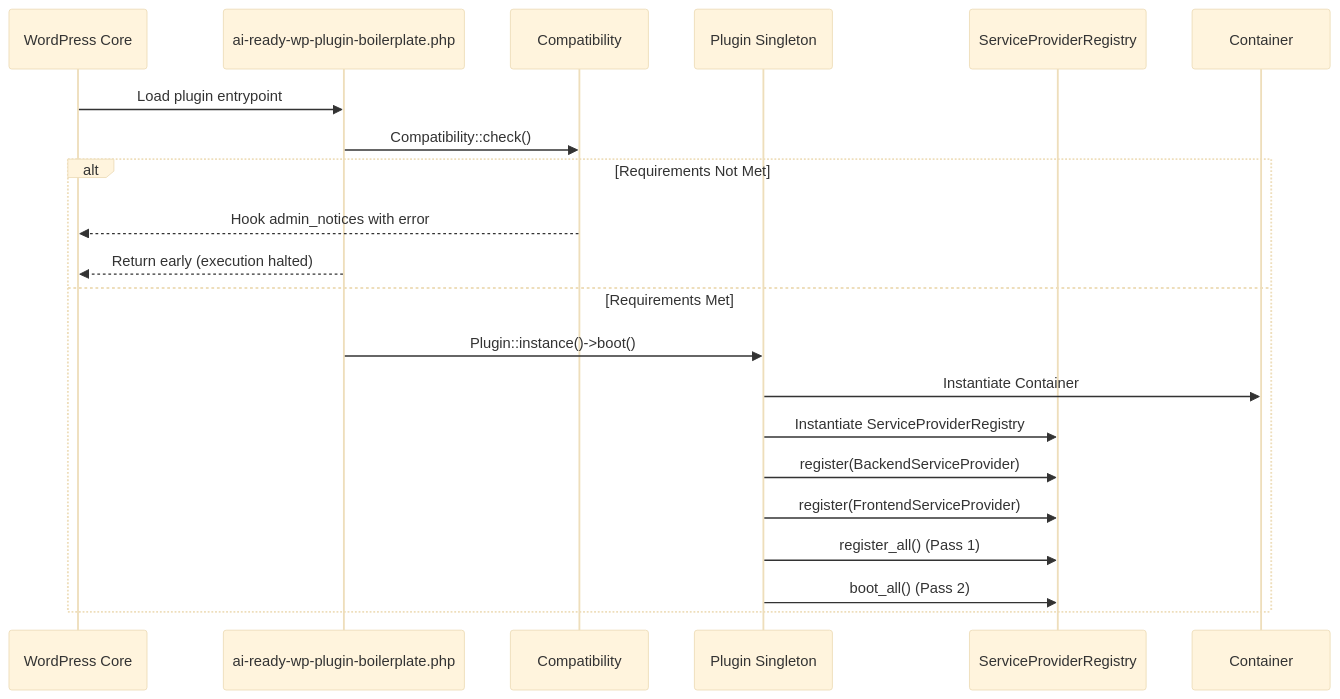
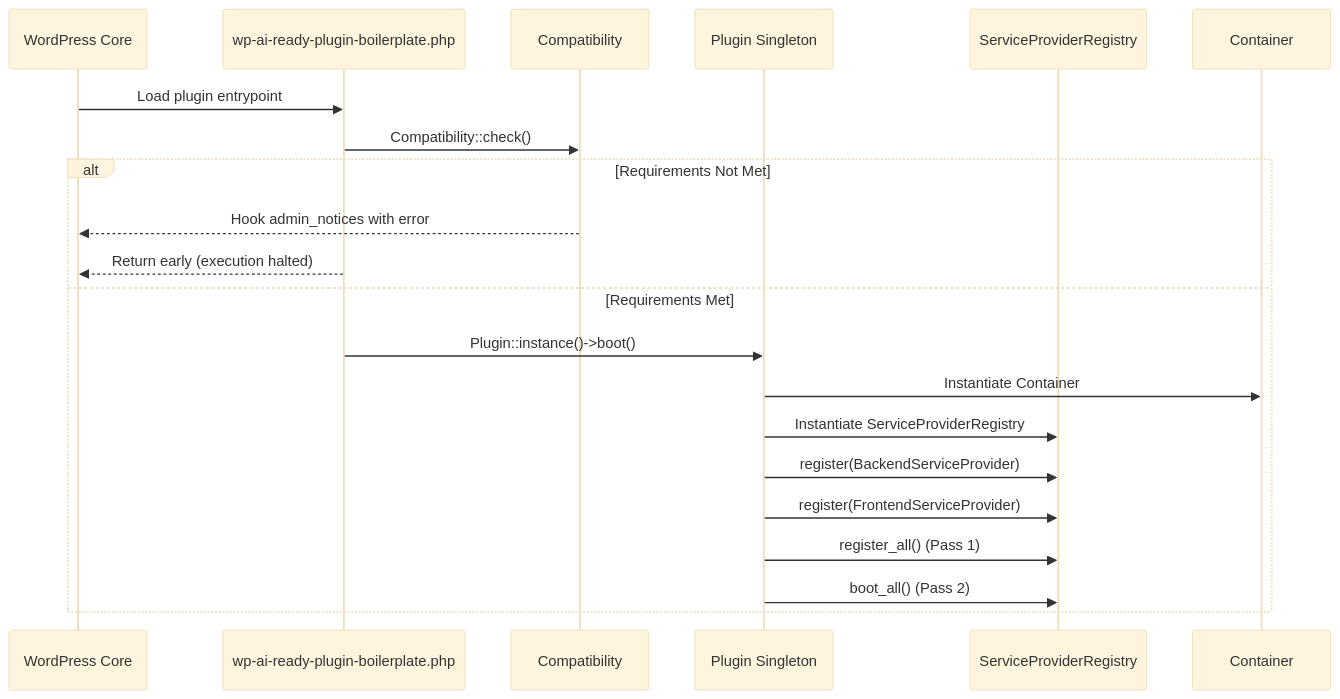
The diagram in docs/framework/kernel-and-lifecycle.md (blackandcode/ai-ready-wp-plugin-boilerplate), drawn with Mermaid (base theme) before and after one commit. The commit also changed other lines of this file and 245 other files, not shown here.

````diff
--- a/docs/framework/kernel-and-lifecycle.md
+++ b/docs/framework/kernel-and-lifecycle.md
@@ -11,24 +11,24 @@
 ```mermaid
 sequenceDiagram
     participant WP as WordPress Core
-    participant Root as ai-ready-wp-plugin-boilerplate.php
+    participant Root as wp-ai-ready-plugin-boilerplate.php
     participant Comp as Compatibility
     participant Plug as Plugin Singleton
     participant Reg as ServiceProviderRegistry
     participant Cont as Container
 
     WP->>Root: Load plugin entrypoint
     Root->>Comp: Compatibility::check()
     alt Requirements Not Met
         Comp-->>WP: Hook admin_notices with error
         Root-->>WP: Return early (execution halted)
     else Requirements Met
         Root->>Plug: Plugin::instance()->boot()
         Plug->>Cont: Instantiate Container
         Plug->>Reg: Instantiate ServiceProviderRegistry
         Plug->>Reg: register(BackendServiceProvider)
         Plug->>Reg: register(FrontendServiceProvider)
         Plug->>Reg: register_all() (Pass 1)
         Plug->>Reg: boot_all() (Pass 2)
     end
 ```
````
